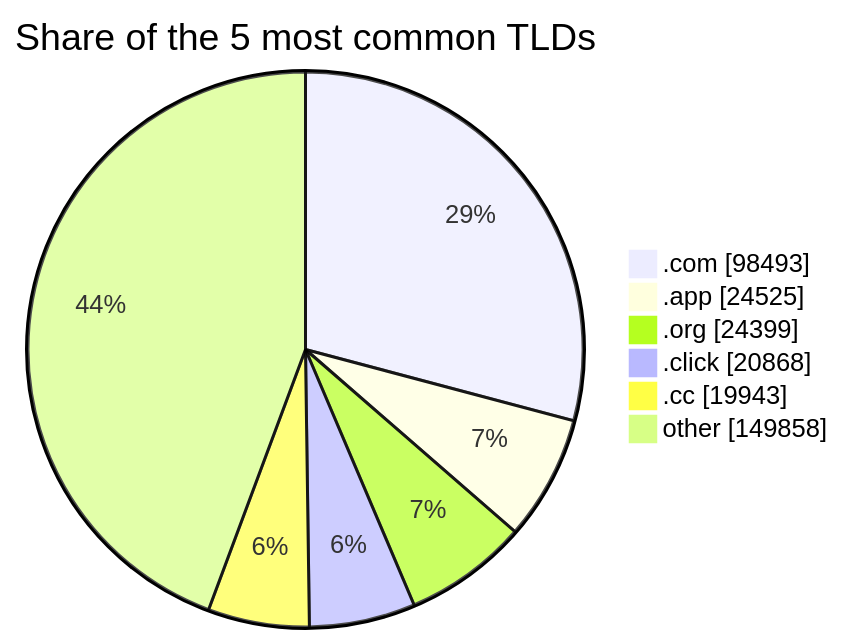
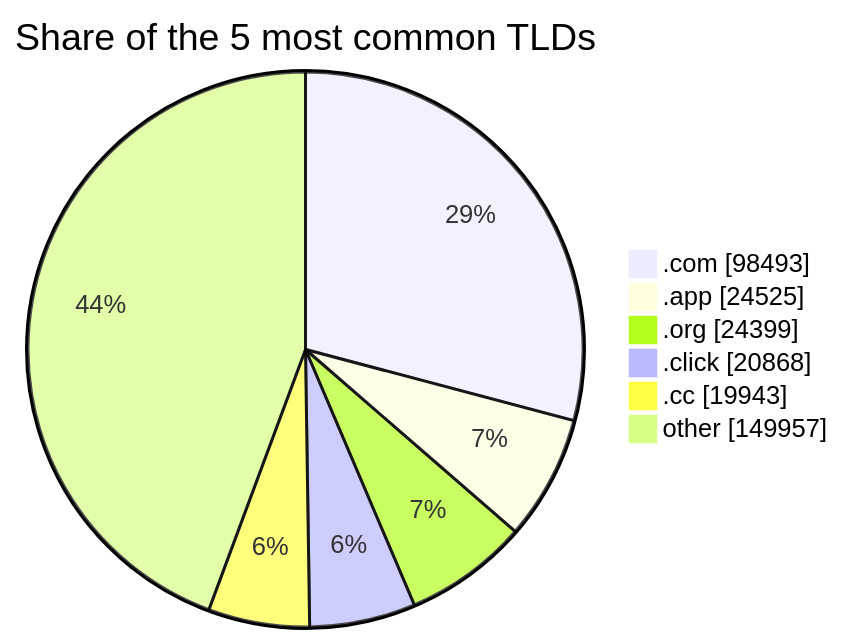
The third of 3 diagrams in README.md (DNSBunker/CTI), drawn with Mermaid before and after one commit. The commit also changed other lines of this file and 4 other files, not shown here.

````diff
--- a/README.md
+++ b/README.md
@@ -81,9 +81,9 @@
 ```mermaid
 pie showData title Share of the 5 most common TLDs
     ".com" : 98493
     ".app" : 24525
     ".org" : 24399
     ".click" : 20868
     ".cc" : 19943
-    "other" : 149858
+    "other" : 149957
 ```
````
